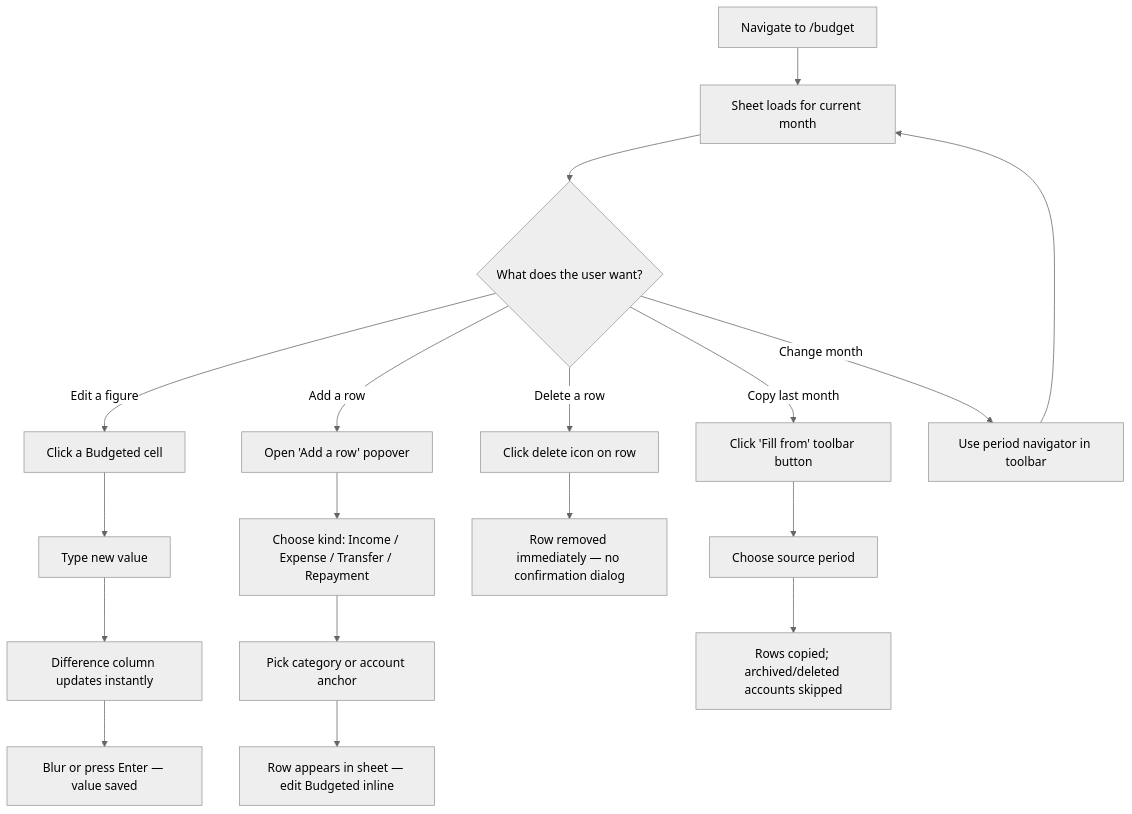
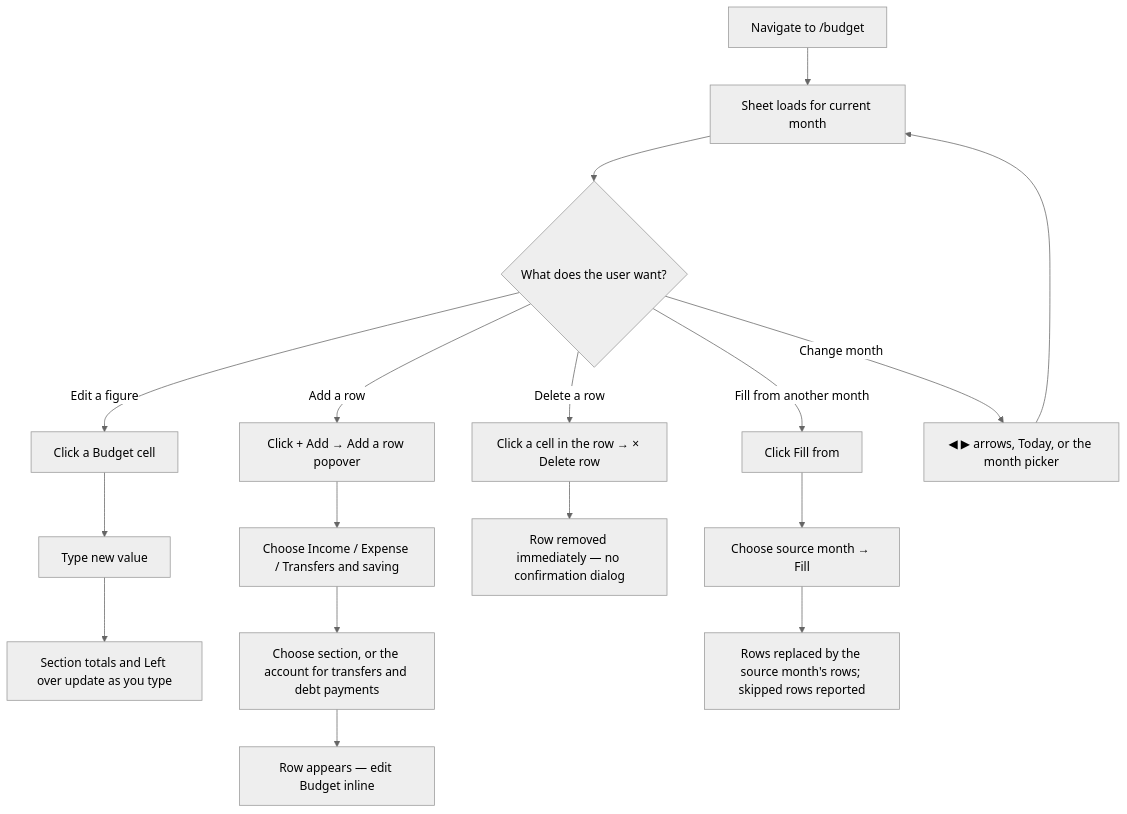
Before and after one commit to JRRS1982/halcyon: the diagram in docs/user-journeys/update-a-budget.md, drawn with Mermaid (neutral theme). The commit also changed other lines of this file and 44 other files, not shown here.

````diff
--- a/docs/user-journeys/update-a-budget.md
+++ b/docs/user-journeys/update-a-budget.md
@@ -10,25 +10,24 @@
 ```mermaid
 flowchart TD
     A[Navigate to /budget] --> B[Sheet loads for current month]
     B --> C{What does the user want?}
 
-    C -->|Edit a figure| D[Click a Budgeted cell]
+    C -->|Edit a figure| D[Click a Budget cell]
     D --> E[Type new value]
-    E --> F[Difference column updates instantly]
-    F --> G[Blur or press Enter — value saved]
+    E --> F[Section totals and Left over update as you type]
 
-    C -->|Add a row| H[Open 'Add a row' popover]
-    H --> I[Choose kind: Income / Expense / Transfer / Repayment]
-    I --> J[Pick category or account anchor]
-    J --> K[Row appears in sheet — edit Budgeted inline]
+    C -->|Add a row| H[Click + Add → Add a row popover]
+    H --> I[Choose Income / Expense / Transfers and saving]
+    I --> J[Choose section, or the account for transfers and debt payments]
+    J --> K[Row appears — edit Budget inline]
 
-    C -->|Delete a row| L[Click delete icon on row]
+    C -->|Delete a row| L[Click a cell in the row → × Delete row]
     L --> M[Row removed immediately — no confirmation dialog]
 
-    C -->|Copy last month| N[Click 'Fill from' toolbar button]
-    N --> O[Choose source period]
-    O --> P[Rows copied; archived/deleted accounts skipped]
+    C -->|Fill from another month| N[Click Fill from]
+    N --> O[Choose source month → Fill]
+    O --> P[Rows replaced by the source month's rows; skipped rows reported]
 
-    C -->|Change month| Q[Use period navigator in toolbar]
+    C -->|Change month| Q[◀ ▶ arrows, Today, or the month picker]
     Q --> B
 ```
````
